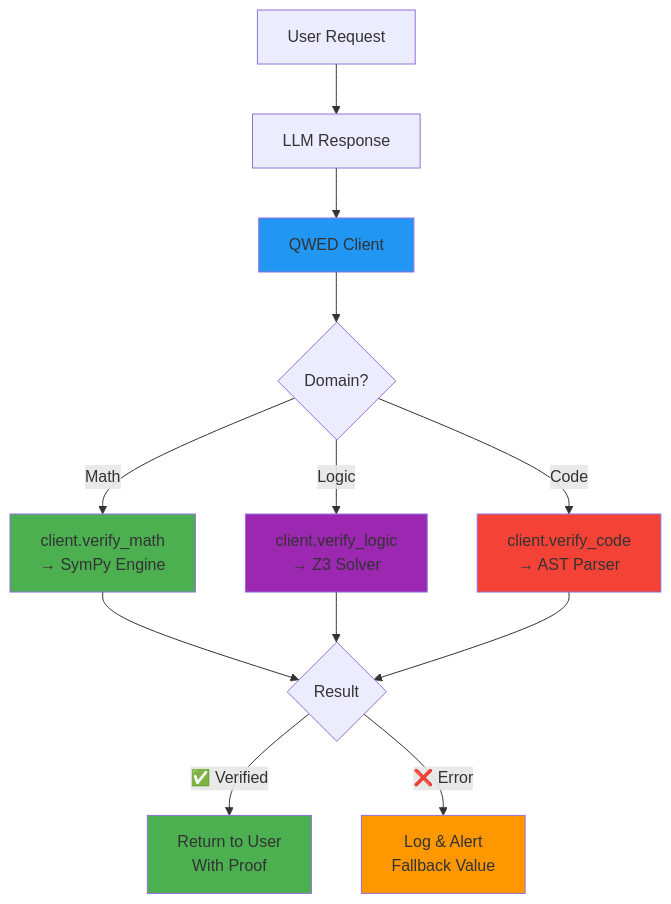
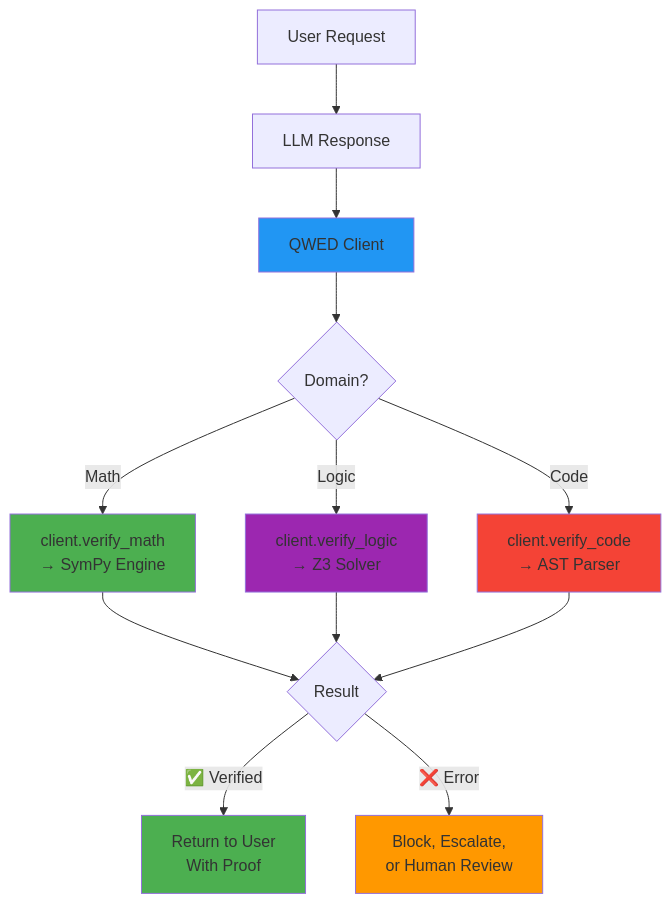
Before and after one commit to QWED-AI/qwed-learning: the diagram in module-3-hands-on/README.md, drawn with Mermaid. The commit also changed other lines of this file and 23 other files, not shown here.

````diff
--- a/module-3-hands-on/README.md
+++ b/module-3-hands-on/README.md
@@ -21,25 +21,25 @@
 ```mermaid
 graph TB
     A[User Request] --> B[LLM Response]
     B --> C[QWED Client]
     
     C --> D{Domain?}
     
     D -->|Math| E[client.verify_math<br/>→ SymPy Engine]
     D -->|Logic| F[client.verify_logic<br/>→ Z3 Solver]
     D -->|Code| G[client.verify_code<br/>→ AST Parser]
     
     E --> H{Result}
     F --> H
     G --> H
     
     H -->|✅ Verified| I[Return to User<br/>With Proof]
-    H -->|❌ Error| J[Log & Alert<br/>Fallback Value]
+    H -->|❌ Error| J[Block, Escalate,<br/>or Human Review]
     
     style C fill:#2196f3
     style E fill:#4caf50
     style F fill:#9c27b0
     style G fill:#f44336
     style I fill:#4caf50
     style J fill:#ff9800
 ```
````
